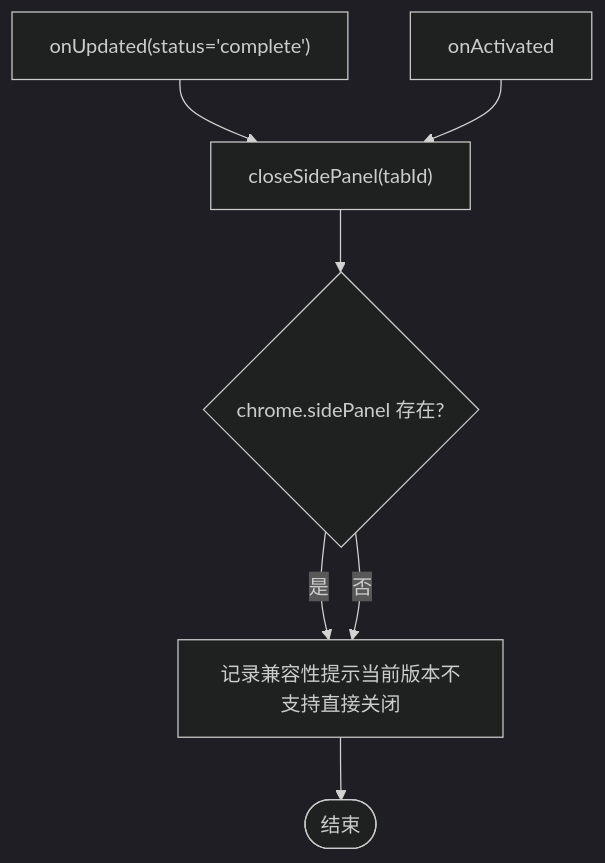
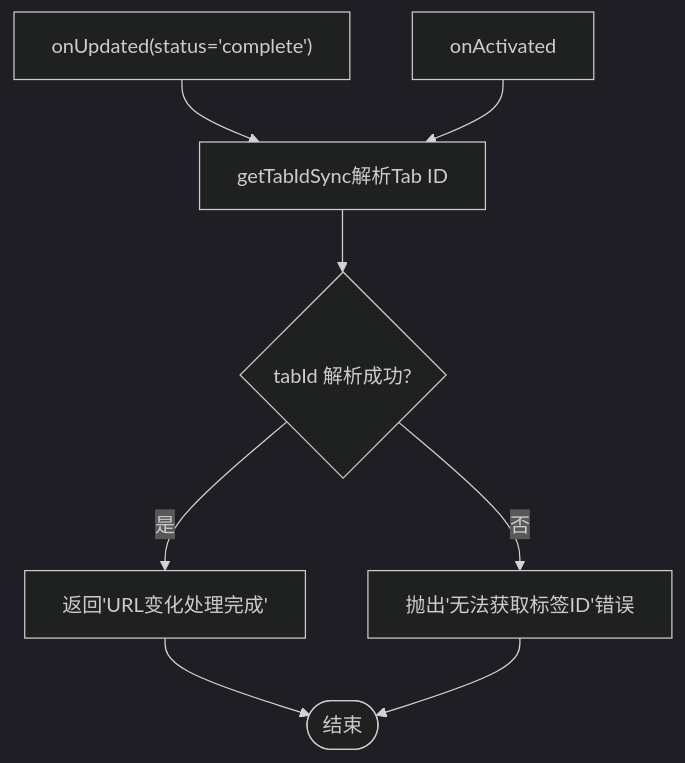
One commit to liaolongdong/account-password-helper changed the eighth of 12 diagrams in .qoder/repowiki/zh/content/扩展入口点/Background Script.md. Above: the diagram before and after it, drawn with Mermaid (dark theme). The commit also changed other lines of this file and 23 other files, not shown here.

````diff
--- a/.qoder/repowiki/zh/content/扩展入口点/Background Script.md
+++ b/.qoder/repowiki/zh/content/扩展入口点/Background Script.md
@@ -153,9 +371,10 @@
 ```mermaid
 flowchart TD
-U["onUpdated(status='complete')"] --> Close["closeSidePanel(tabId)"]
-A["onActivated"] --> Close
-Close --> Check{"chrome.sidePanel 存在?"}
-Check --> |是| Warn["记录兼容性提示当前版本不支持直接关闭"]
-Check --> |否| Warn
-Warn --> End(["结束"])
+U["onUpdated(status='complete')"] --> UrlChanged["getTabIdSync解析Tab ID"]
+A["onActivated"] --> UrlChanged
+UrlChanged --> CheckTab{"tabId 解析成功?"}
+CheckTab --> |是| Done["返回'URL变化处理完成'"]
+CheckTab --> |否| ThrowErr["抛出'无法获取标签ID'错误"]
+Done --> End(["结束"])
+ThrowErr --> End
 ```
````
